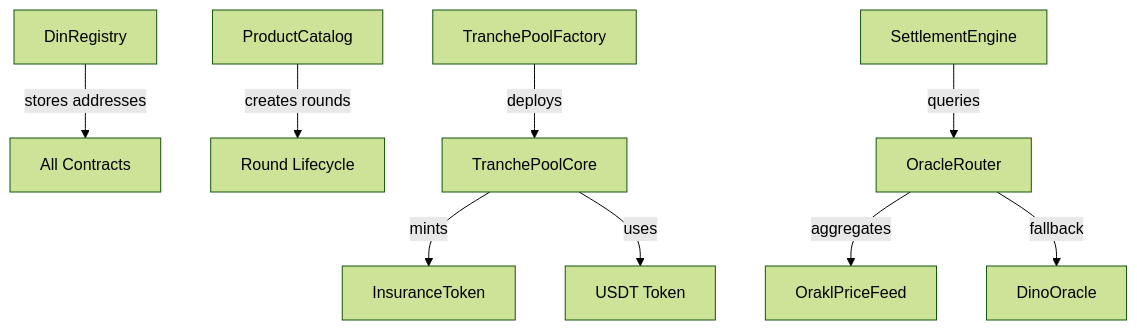
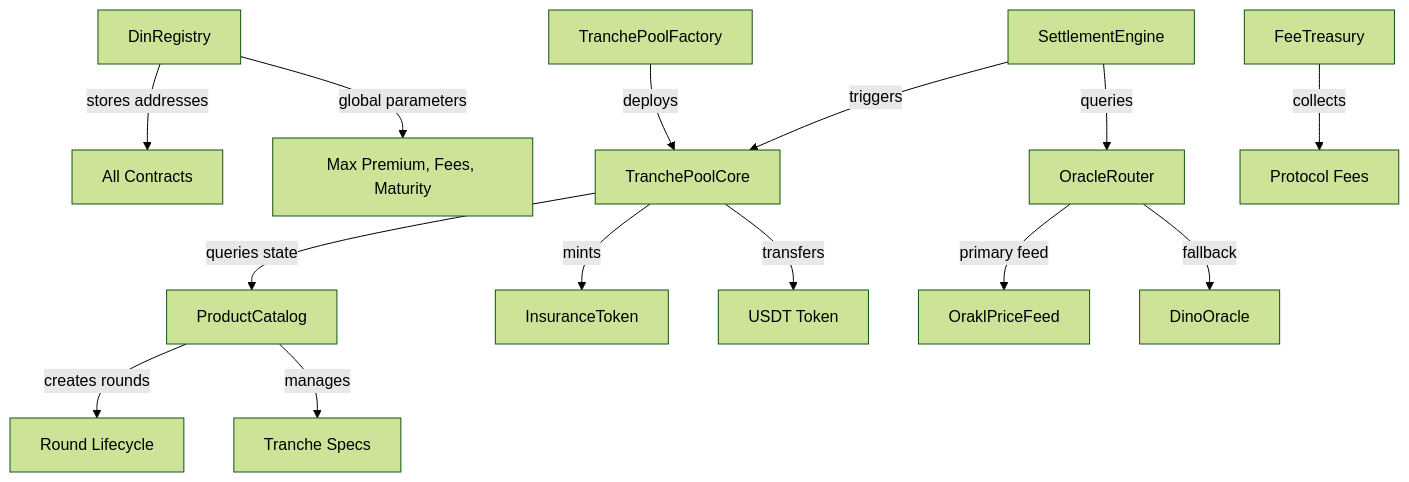
The diagram in docs/din-contracts-integration.md (koofree/dinyk), drawn with Mermaid (forest theme) before and after one commit. The commit also changed other lines of this file and 2 other files, not shown here.

Commit message:
docs: update CLAUDE.md and din-architecture.md to reflect deployed smart contracts on Kaia Testnet; enhance contract integration documentation in din-contracts-integration.md with detailed operational scripts and insurance flow architecture

````diff
--- a/docs/din-contracts-integration.md
+++ b/docs/din-contracts-integration.md
@@ -39,11 +40,16 @@
 ```mermaid
 graph TD
     Registry[DinRegistry] --> |stores addresses| All[All Contracts]
+    Registry --> |global parameters| Params[Max Premium, Fees, Maturity]
     ProductCatalog --> |creates rounds| Rounds[Round Lifecycle]
+    ProductCatalog --> |manages| Tranches[Tranche Specs]
     Factory[TranchePoolFactory] --> |deploys| Pools[TranchePoolCore]
     Pools --> |mints| NFT[InsuranceToken]
-    Pools --> |uses| USDT[USDT Token]
-    Settlement[SettlementEngine] --> |queries| Oracle[OracleRouter]
-    Oracle --> |aggregates| Orakl[OraklPriceFeed]
+    Pools --> |transfers| USDT[USDT Token]
+    Pools --> |queries state| ProductCatalog
+    Settlement[SettlementEngine] --> |triggers| Pools
+    Settlement --> |queries| Oracle[OracleRouter]
+    Oracle --> |primary feed| Orakl[OraklPriceFeed]
     Oracle --> |fallback| Dino[DinoOracle]
+    Treasury[FeeTreasury] --> |collects| Fees[Protocol Fees]
 ```
````
